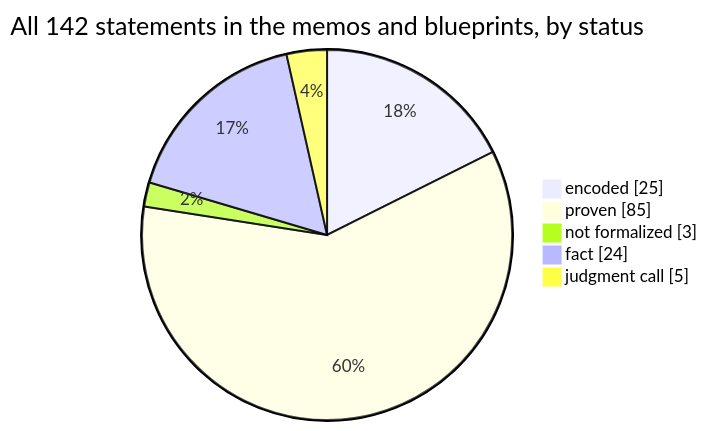
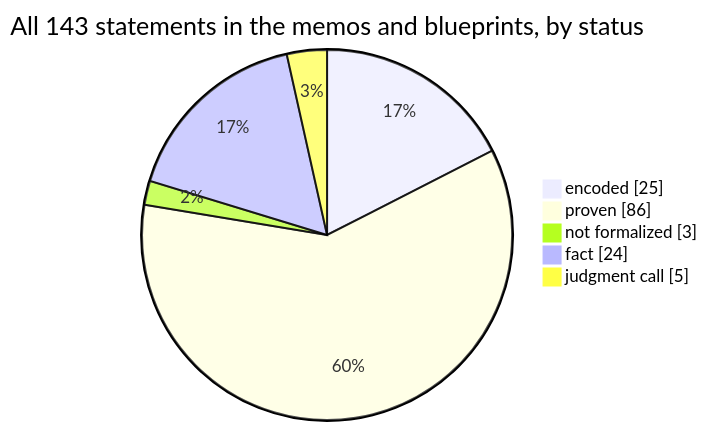
Before and after one commit to SeanWMurray/Canteen: the first of 4 diagrams in docs/graphs/dashboard.md, drawn with Mermaid. The commit also changed other lines of this file and 16 other files, not shown here.

````diff
--- a/docs/graphs/dashboard.md
+++ b/docs/graphs/dashboard.md
@@ -11,8 +11,8 @@
 ```mermaid
-pie showData title All 142 statements in the memos and blueprints, by status
+pie showData title All 143 statements in the memos and blueprints, by status
     "encoded" : 25
-    "proven" : 85
+    "proven" : 86
     "not formalized" : 3
     "fact" : 24
     "judgment call" : 5
 ```
````
